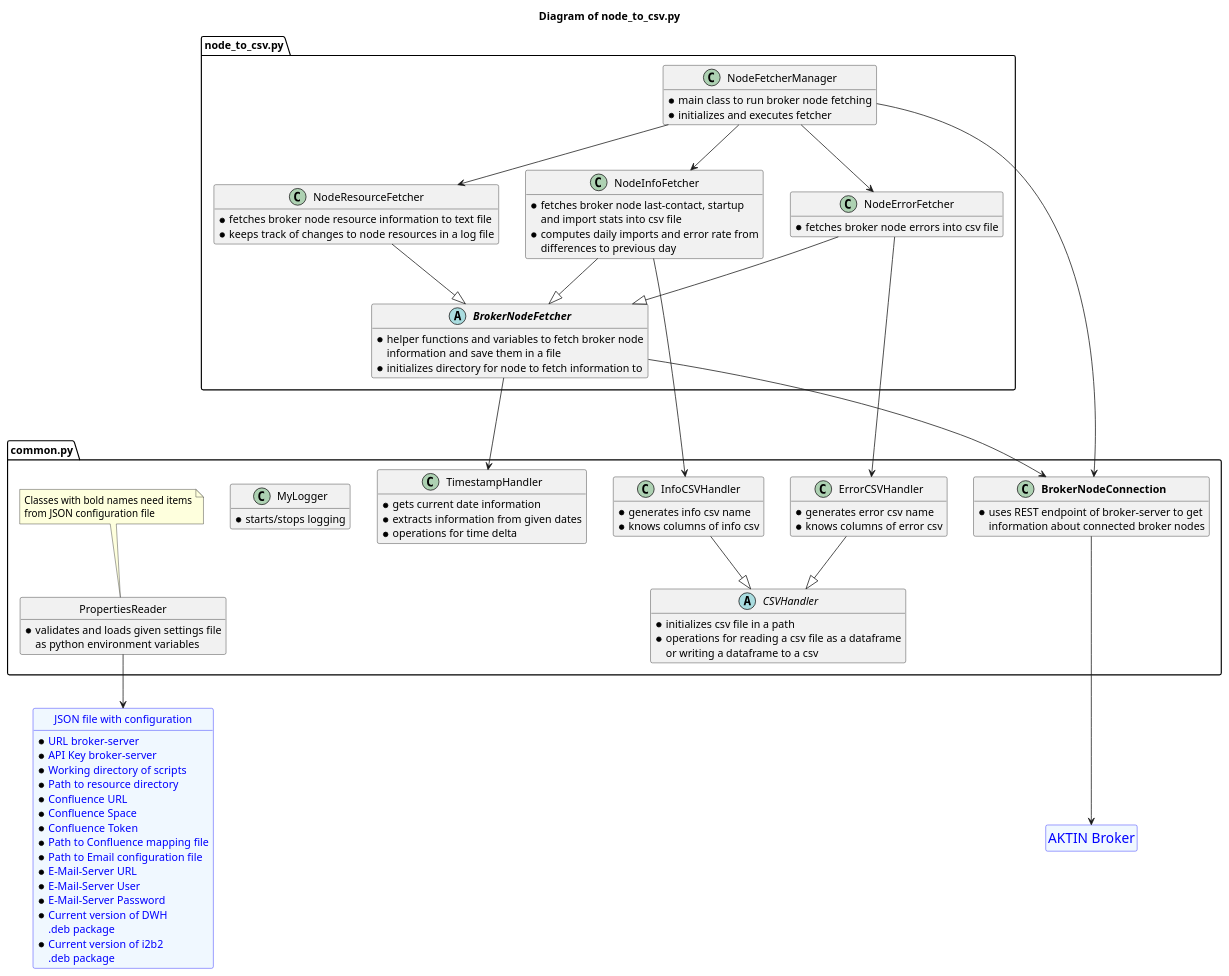
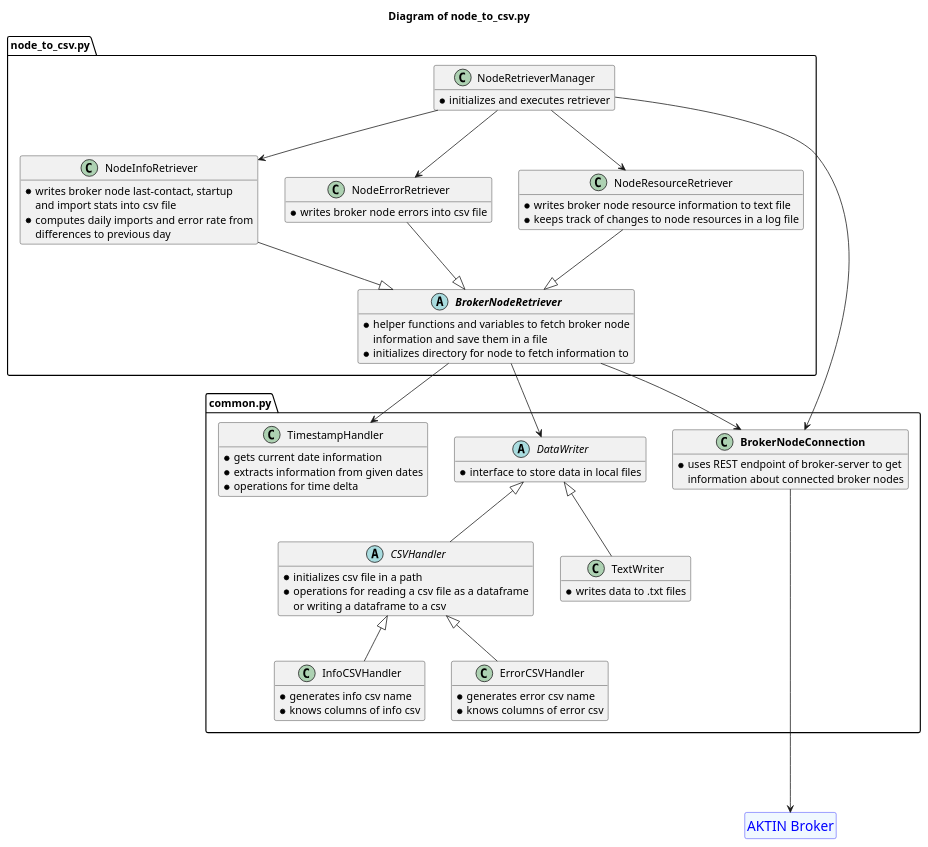
One commit to alexkombie/AKTIN_broker_monitor changed the diagram in docs/node_to_csv.puml. Above: the diagram before and after it, drawn with PlantUML.

Commit message:
updated puml for node_to_csv

```diff
--- a/docs/node_to_csv.puml
+++ b/docs/node_to_csv.puml
@@ -1,127 +1,102 @@
 @startuml
 hide methods
 
 title Diagram of node_to_csv.py
 
 entity "<size:18>AKTIN Broker</size>" as broker
 entity broker #aliceblue;line:blue;text:blue
 hide broker members
 hide broker circle
 
-entity "JSON file with configuration" as settings {
-* URL broker-server
-* API Key broker-server
-* Working directory of scripts
-* Path to resource directory
-* Confluence URL
-* Confluence Space
-* Confluence Token
-* Path to Confluence mapping file
-* Path to Email configuration file
-* E-Mail-Server URL
-* E-Mail-Server User
-* E-Mail-Server Password
-* Current version of DWH
-.deb package
-* Current version of i2b2
-.deb package
-}
-entity settings #aliceblue;line:blue;text:blue
-hide settings circle
-
 '###################################################################'
 
 package "common.py" as common <<Package>> {
+abstract class DataWriter {
+* interface to store data in local files
+}
+
 abstract class CSVHandler {
 * initializes csv file in a path
 * operations for reading a csv file as a dataframe
 or writing a dataframe to a csv
 }
 
 class InfoCSVHandler {
 * generates info csv name
 * knows columns of info csv
 }
 
 class ErrorCSVHandler {
 * generates error csv name
 * knows columns of error csv
 }
 
+class TextWriter {
+* writes data to .txt files
+}
+
 class TimestampHandler {
 * gets current date information
 * extracts information from given dates
 * operations for time delta
 }
 
 class "**BrokerNodeConnection**" as BrokerNodeConnection {
 * uses REST endpoint of broker-server to get
 information about connected broker nodes
 }
-
-class MyLogger {
-* starts/stops logging
 }
 
-class PropertiesReader {
-* validates and loads given settings file
-as python environment variables
-}
-hide PropertiesReader circle
-note top of PropertiesReader: Classes with bold names need items\nfrom JSON configuration file
-}
+CSVHandler -u-|> DataWriter
+InfoCSVHandler -u-|> CSVHandler
+ErrorCSVHandler -u-|> CSVHandler
+TextWriter -u-|> DataWriter
 
-InfoCSVHandler --|> CSVHandler
-ErrorCSVHandler --|> CSVHandler
-
-BrokerNodeConnection -d--> broker
-PropertiesReader --> settings
+BrokerNodeConnection -d----> broker
 
 '###################################################################'
 
 package "node_to_csv.py" as node_to_csv <<Package>> {
-abstract class "**BrokerNodeFetcher**" as BrokerNodeFetcher {
+abstract class "**BrokerNodeRetriever**" as BrokerNodeRetriever {
 * helper functions and variables to fetch broker node
 information and save them in a file
 * initializes directory for node to fetch information to
 }
 
-class NodeInfoFetcher {
-* fetches broker node last-contact, startup
+class NodeInfoRetriever {
+* writes broker node last-contact, startup
 and import stats into csv file
 * computes daily imports and error rate from
 differences to previous day
 }
 
-class NodeErrorFetcher {
-* fetches broker node errors into csv file
+class NodeErrorRetriever {
+* writes broker node errors into csv file
 }
 
-class NodeResourceFetcher {
-* fetches broker node resource information to text file
+class NodeResourceRetriever {
+* writes broker node resource information to text file
 * keeps track of changes to node resources in a log file
 }
 
-class NodeFetcherManager {
-* main class to run broker node fetching
-* initializes and executes fetcher
+class NodeRetrieverManager {
+* initializes and executes retriever
 }
 }
 
-BrokerNodeFetcher --> BrokerNodeConnection
-BrokerNodeFetcher --> TimestampHandler
+BrokerNodeRetriever --> BrokerNodeConnection
+BrokerNodeRetriever --> TimestampHandler
+BrokerNodeRetriever --> DataWriter
 
-NodeInfoFetcher --|> BrokerNodeFetcher
-NodeInfoFetcher ----> InfoCSVHandler
+NodeInfoRetriever --|> BrokerNodeRetriever
 
-NodeErrorFetcher --|> BrokerNodeFetcher
-NodeErrorFetcher ----> ErrorCSVHandler
+NodeErrorRetriever --|> BrokerNodeRetriever
 
-NodeResourceFetcher --|> BrokerNodeFetcher
+NodeResourceRetriever --|> BrokerNodeRetriever
 
-NodeFetcherManager --> BrokerNodeConnection
-NodeFetcherManager --> NodeInfoFetcher
-NodeFetcherManager --> NodeErrorFetcher
-NodeFetcherManager --> NodeResourceFetcher
+NodeRetrieverManager --> BrokerNodeConnection
+NodeRetrieverManager --> NodeInfoRetriever
+NodeRetrieverManager --> NodeErrorRetriever
+NodeRetrieverManager --> NodeResourceRetriever
 
 @enduml
```
